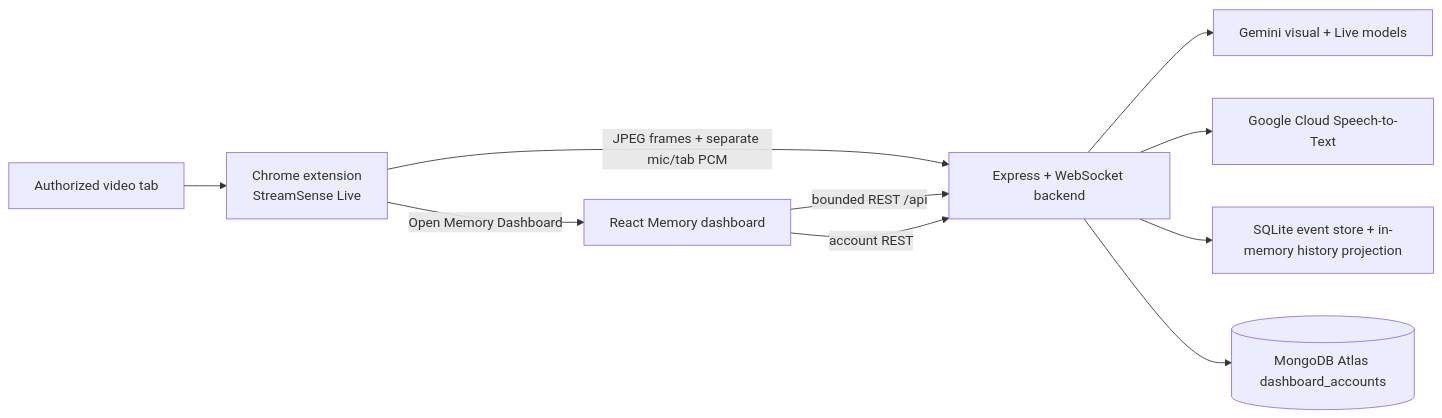
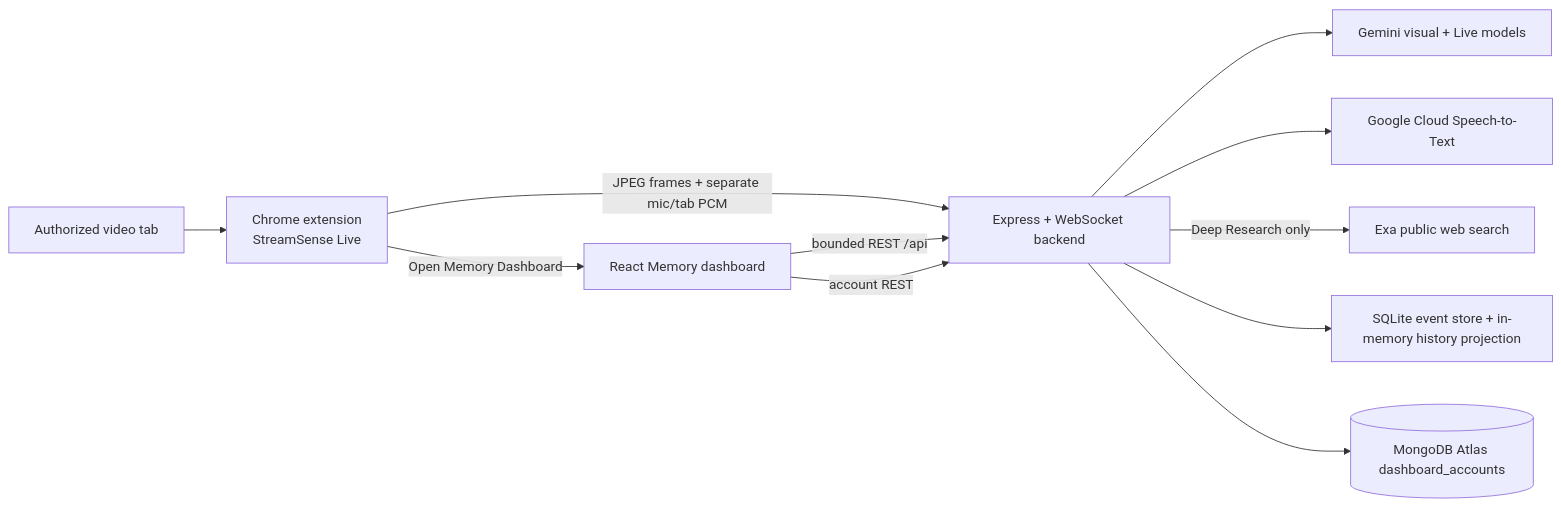
Before and after one commit to ZSYUYIIE/garena-ai-build-challenge-2026: the diagram in docs/architecture.md, drawn with Mermaid. The commit also changed other lines of this file and 31 other files, not shown here.

Commit message:
feat: Init functionality deep research

````diff
--- a/docs/architecture.md
+++ b/docs/architecture.md
@@ -18,12 +18,13 @@
 ```mermaid
 flowchart LR
     Video["Authorized video tab"] --> Extension["Chrome extension\nStreamSense Live"]
     Extension -->|"JPEG frames + separate mic/tab PCM"| Backend["Express + WebSocket backend"]
     Backend --> Gemini["Gemini visual + Live models"]
     Backend --> STT["Google Cloud Speech-to-Text"]
+    Backend -->|"Deep Research only"| Exa["Exa public web search"]
     Backend --> Events["SQLite event store + in-memory history projection"]
     Extension -->|"Open Memory Dashboard"| Dashboard["React Memory dashboard"]
     Dashboard -->|"bounded REST /api"| Backend
     Dashboard -->|"account REST"| Backend
     Backend --> Mongo[("MongoDB Atlas dashboard_accounts")]
 ```
````
